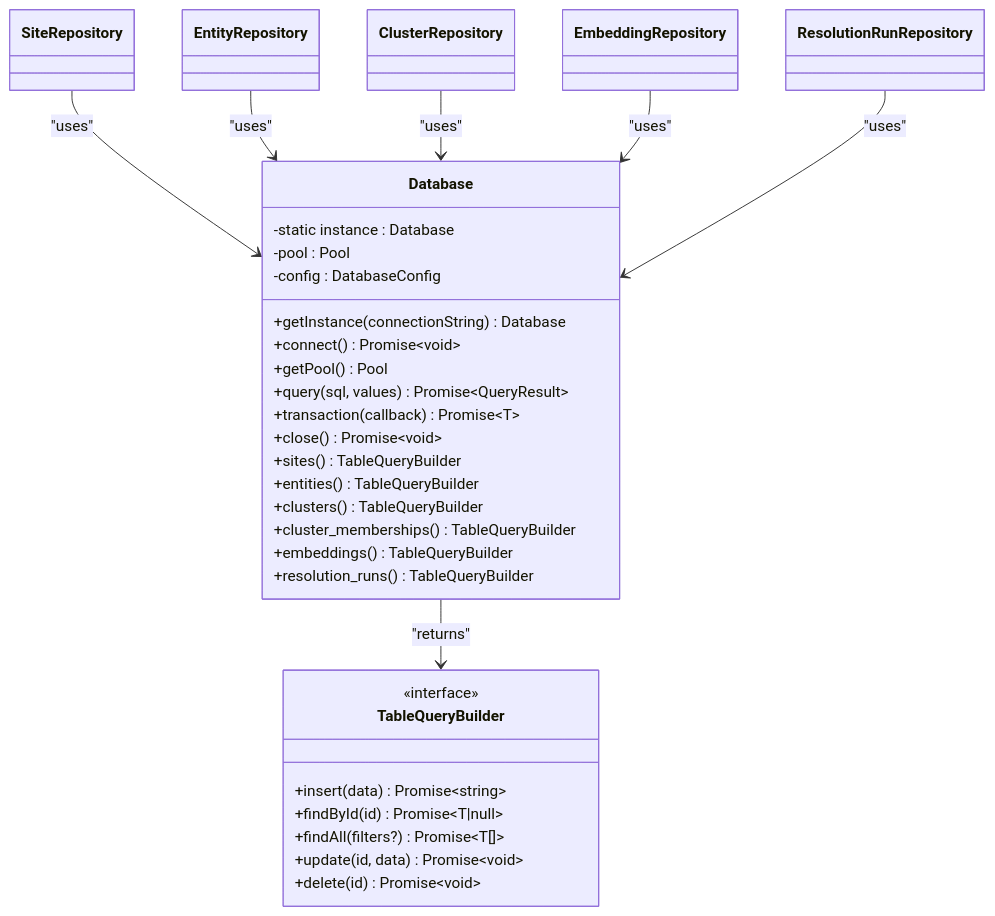
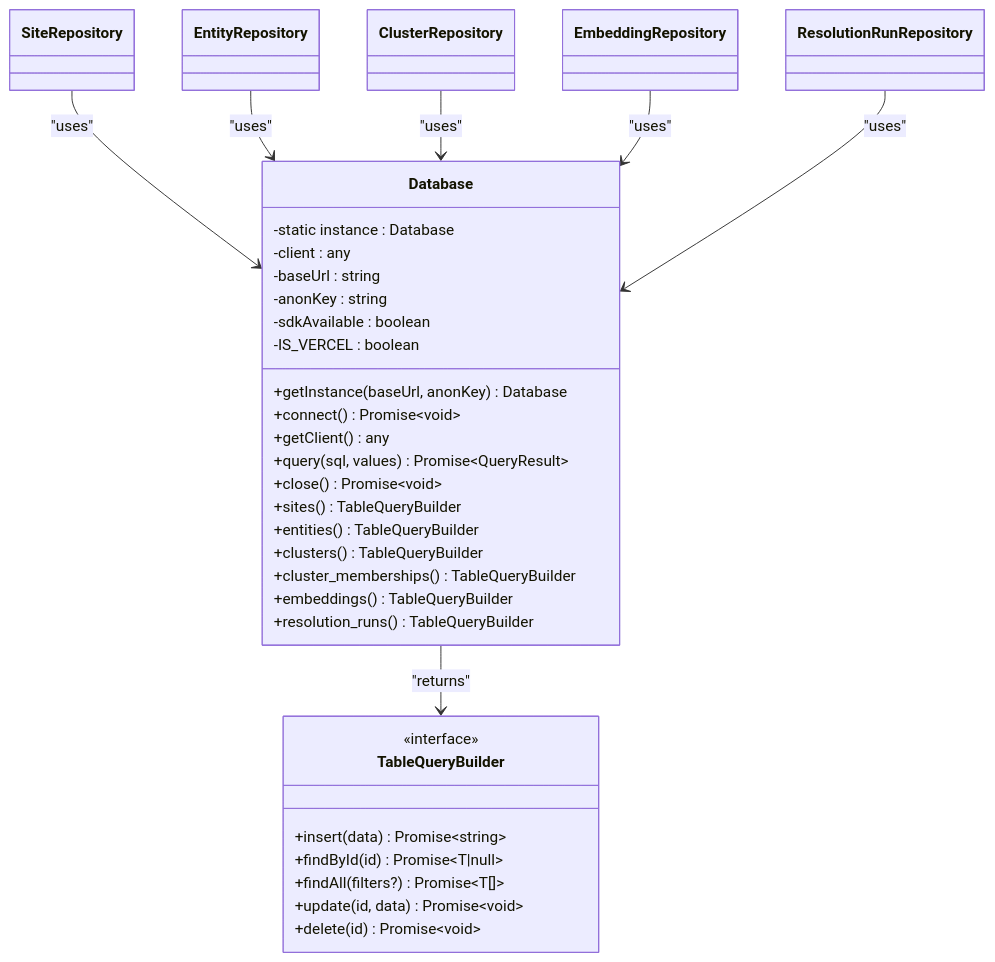
One commit to vishnusaibhosekar/ares changed the second of 6 diagrams in .qoder/repowiki/en/content/Repository Layer/Database Abstraction.md. Above: the diagram before and after it, drawn with Mermaid. The commit also changed other lines of this file and 6 other files, not shown here.

Commit message:
fix: make database connection optional in production for Cloud Run

````diff
--- a/.qoder/repowiki/en/content/Repository Layer/Database Abstraction.md
+++ b/.qoder/repowiki/en/content/Repository Layer/Database Abstraction.md
@@ -113,39 +127,41 @@
 ```mermaid
 classDiagram
 class Database {
 -static instance : Database
--pool : Pool
--config : DatabaseConfig
-+getInstance(connectionString) Database
+-client : any
+-baseUrl : string
+-anonKey : string
+-sdkAvailable : boolean
+-IS_VERCEL : boolean
++getInstance(baseUrl, anonKey) Database
 +connect() Promise~void~
-+getPool() Pool
++getClient() any
 +query(sql, values) Promise~QueryResult~
-+transaction(callback) Promise~T~
 +close() Promise~void~
 +sites() TableQueryBuilder
 +entities() TableQueryBuilder
 +clusters() TableQueryBuilder
 +cluster_memberships() TableQueryBuilder
 +embeddings() TableQueryBuilder
 +resolution_runs() TableQueryBuilder
 }
 class TableQueryBuilder {
 <<interface>>
 +insert(data) Promise~string~
 +findById(id) Promise~T|null~
 +findAll(filters?) Promise~T[]~
 +update(id, data) Promise~void~
 +delete(id) Promise~void~
 }
 class SiteRepository
 class EntityRepository
 class ClusterRepository
 class EmbeddingRepository
 class ResolutionRunRepository
 SiteRepository --> Database : "uses"
 EntityRepository --> Database : "uses"
 ClusterRepository --> Database : "uses"
 EmbeddingRepository --> Database : "uses"
 ResolutionRunRepository --> Database : "uses"
 Database --> TableQueryBuilder : "returns"
 ```
````
